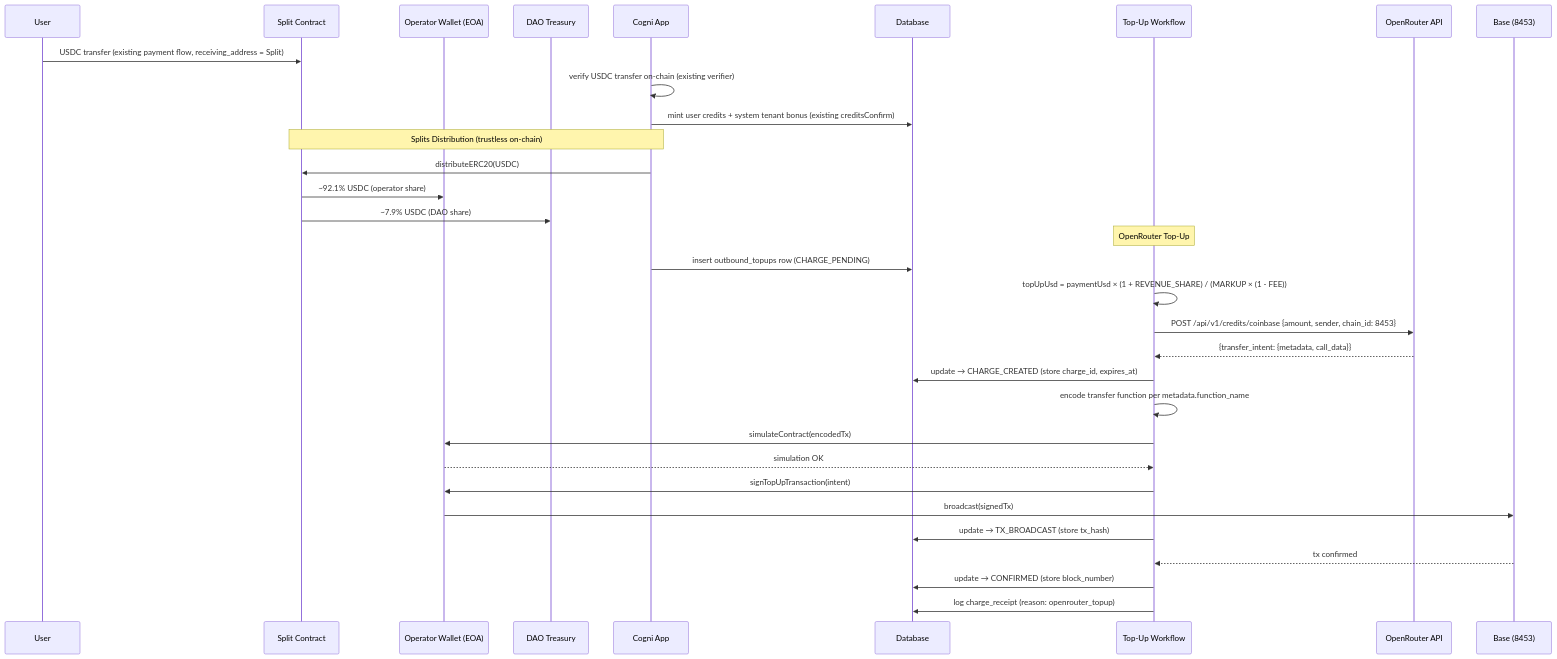
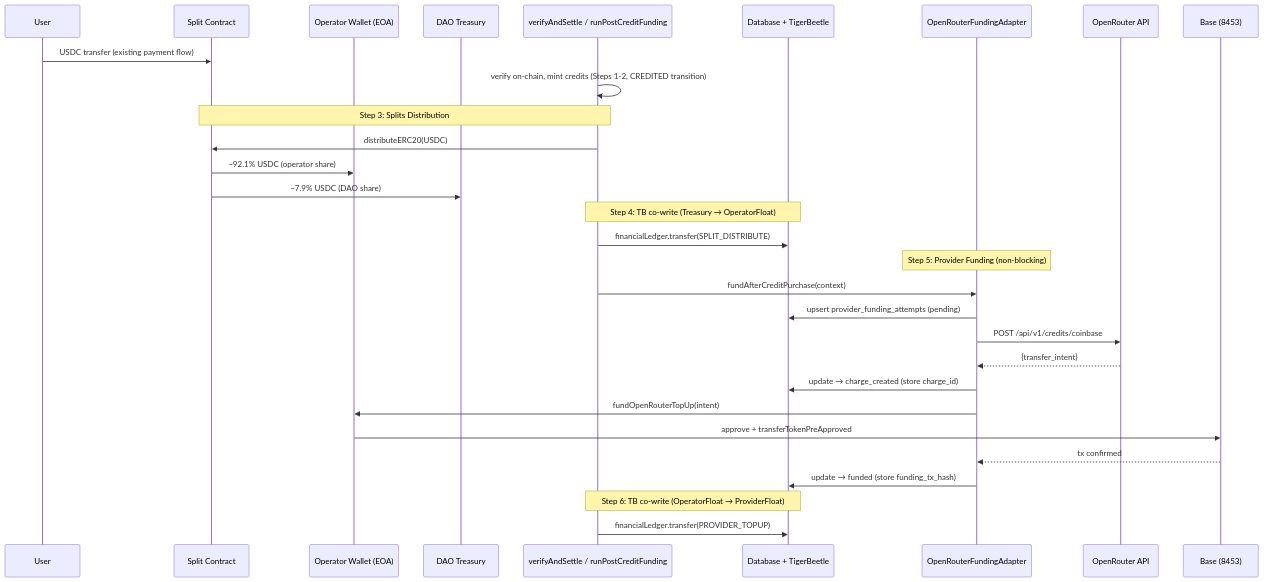
The diagram in docs/spec/web3-openrouter-payments.md (Cogni-DAO/cogni), drawn with Mermaid before and after one commit. The commit also changed other lines of this file and 157 other files, not shown here.

Commit message:
feat: operator wallet payment chain — Privy wallet, 0xSplits, TigerBeetle ledger, OpenRouter top-up (#576)

````diff
--- a/docs/spec/web3-openrouter-payments.md
+++ b/docs/spec/web3-openrouter-payments.md
@@ -70,39 +70,37 @@
 ```mermaid
 sequenceDiagram
     participant User
     participant Split as Split Contract
     participant Wallet as Operator Wallet (EOA)
     participant Treasury as DAO Treasury
-    participant App as Cogni App
-    participant DB as Database
-    participant Workflow as Top-Up Workflow
+    participant App as verifyAndSettle / runPostCreditFunding
+    participant DB as Database + TigerBeetle
+    participant Adapter as OpenRouterFundingAdapter
     participant OR as OpenRouter API
     participant Chain as Base (8453)
 
-    User->>Split: USDC transfer (existing payment flow, receiving_address = Split)
-    App->>App: verify USDC transfer on-chain (existing verifier)
-    App->>DB: mint user credits + system tenant bonus (existing creditsConfirm)
+    User->>Split: USDC transfer (existing payment flow)
+    App->>App: verify on-chain, mint credits (Steps 1-2, CREDITED transition)
 
-    Note over App,Split: Splits Distribution (trustless on-chain)
+    Note over App,Split: Step 3: Splits Distribution
     App->>Split: distributeERC20(USDC)
     Split->>Wallet: ~92.1% USDC (operator share)
     Split->>Treasury: ~7.9% USDC (DAO share)
 
-    Note over Workflow: OpenRouter Top-Up
-    App->>DB: insert outbound_topups row (CHARGE_PENDING)
-    Workflow->>Workflow: topUpUsd = paymentUsd × (1 + REVENUE_SHARE) / (MARKUP × (1 - FEE))
-    Workflow->>OR: POST /api/v1/credits/coinbase {amount, sender, chain_id: 8453}
-    OR-->>Workflow: {transfer_intent: {metadata, call_data}}
-    Workflow->>DB: update → CHARGE_CREATED (store charge_id, expires_at)
+    Note over App,DB: Step 4: TB co-write (Treasury → OperatorFloat)
+    App->>DB: financialLedger.transfer(SPLIT_DISTRIBUTE)
 
-    Workflow->>Workflow: encode transfer function per metadata.function_name
-    Workflow->>Wallet: simulateContract(encodedTx)
-    Wallet-->>Workflow: simulation OK
-    Workflow->>Wallet: signTopUpTransaction(intent)
-    Wallet->>Chain: broadcast(signedTx)
-    Workflow->>DB: update → TX_BROADCAST (store tx_hash)
+    Note over Adapter: Step 5: Provider Funding (non-blocking)
+    App->>Adapter: fundAfterCreditPurchase(context)
+    Adapter->>DB: upsert provider_funding_attempts (pending)
+    Adapter->>OR: POST /api/v1/credits/coinbase
+    OR-->>Adapter: {transfer_intent}
+    Adapter->>DB: update → charge_created (store charge_id)
+    Adapter->>Wallet: fundOpenRouterTopUp(intent)
+    Wallet->>Chain: approve + transferTokenPreApproved
+    Chain-->>Adapter: tx confirmed
+    Adapter->>DB: update → funded (store funding_tx_hash)
 
-    Chain-->>Workflow: tx confirmed
-    Workflow->>DB: update → CONFIRMED (store block_number)
-    Workflow->>DB: log charge_receipt (reason: openrouter_topup)
+    Note over App,DB: Step 6: TB co-write (OperatorFloat → ProviderFloat)
+    App->>DB: financialLedger.transfer(PROVIDER_TOPUP)
 ```
````
